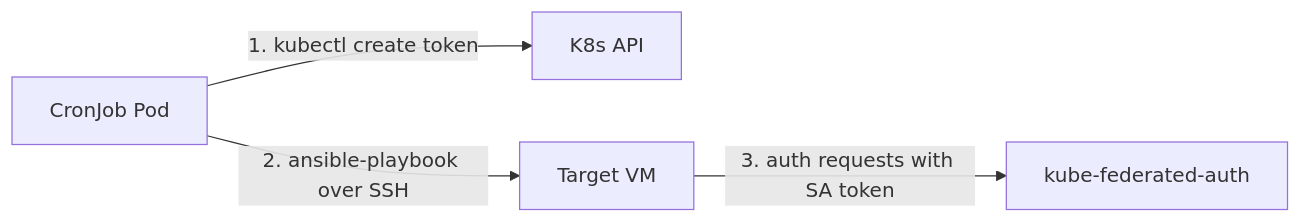
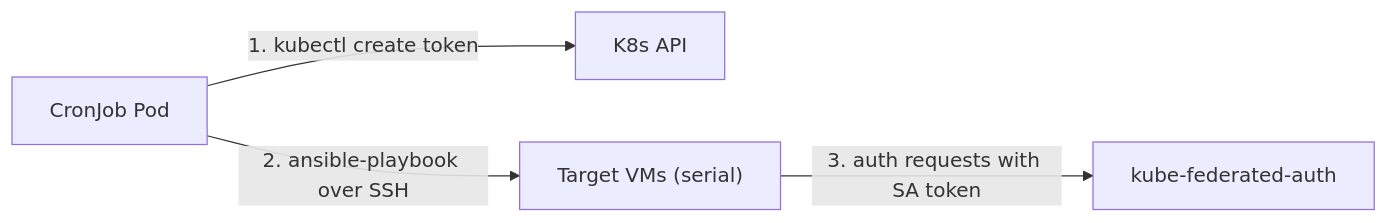
The second of 2 diagrams in README.md (null-ptr-exception/av-scanner), drawn with Mermaid before and after one commit. The commit also changed other lines of this file and 50 other files, not shown here.

First line of the commit message:
feat: Helm chart, ansible roles, molecule tests, unified VM infra (#2)

````diff
--- a/README.md
+++ b/README.md
@@ -89,6 +89,6 @@
 ```mermaid
 flowchart LR
     CronJob["CronJob Pod"] -->|1. kubectl create token| K8sAPI["K8s API"]
-    CronJob -->|2. ansible-playbook over SSH| VM["Target VM"]
-    VM -->|3. auth requests with SA token| KFA["kube-federated-auth"]
+    CronJob -->|2. ansible-playbook over SSH| VMs["Target VMs (serial)"]
+    VMs -->|3. auth requests with SA token| KFA["kube-federated-auth"]
 ```
````
